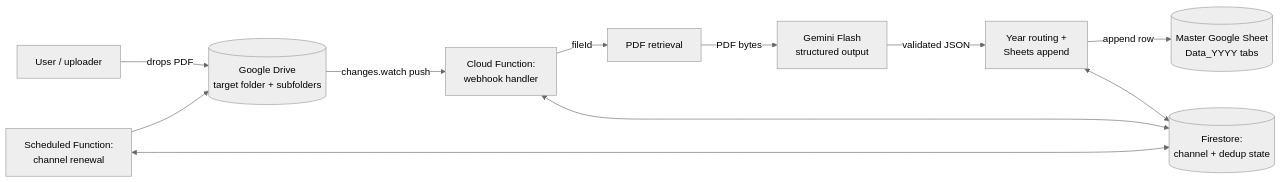
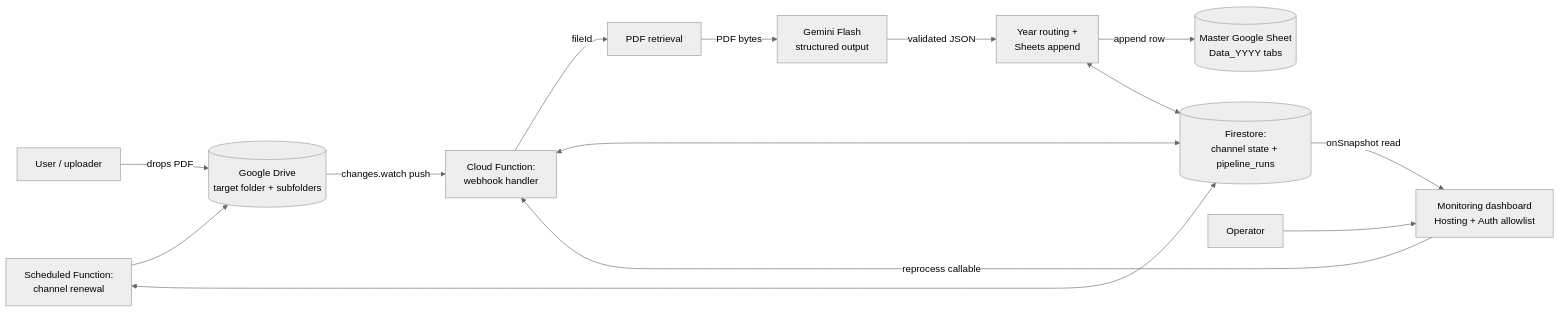
The first of 2 diagrams in knowledge/hld.md (crnarendran/shuddhi-moolam), drawn with Mermaid (neutral theme) before and after one commit. The commit also changed other lines of this file and 6 other files, not shown here.

First line of the commit message:
plan(dashboard): add file-monitoring dashboard epic (SM-11..SM-14)

````diff
--- a/knowledge/hld.md
+++ b/knowledge/hld.md
@@ -29,13 +29,16 @@
 ```mermaid
 flowchart LR
   U[User / uploader] -->|drops PDF| DRV[(Google Drive<br/>target folder + subfolders)]
   DRV -->|changes.watch push| WH[Cloud Function:<br/>webhook handler]
   WH -->|fileId| DL[PDF retrieval]
   DL -->|PDF bytes| GEM[Gemini Flash<br/>structured output]
   GEM -->|validated JSON| RT[Year routing +<br/>Sheets append]
   RT -->|append row| SHEET[(Master Google Sheet<br/>Data_YYYY tabs)]
-  WH <--> FS[(Firestore:<br/>channel + dedup state)]
+  WH <--> FS[(Firestore:<br/>channel state + pipeline_runs)]
   RT <--> FS
   RENEW[Scheduled Function:<br/>channel renewal] --> DRV
   RENEW <--> FS
+  FS -->|onSnapshot read| DASH[Monitoring dashboard<br/>Hosting + Auth allowlist]
+  OP[Operator] --> DASH
+  DASH -->|reprocess callable| WH
 ```
````
